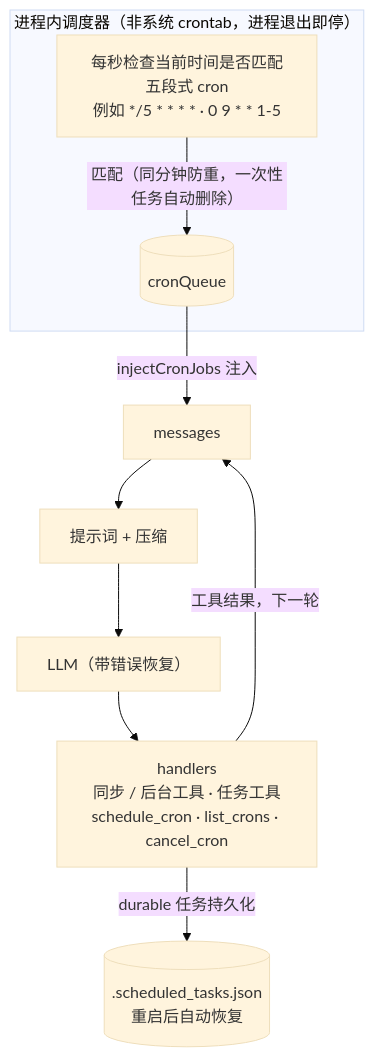
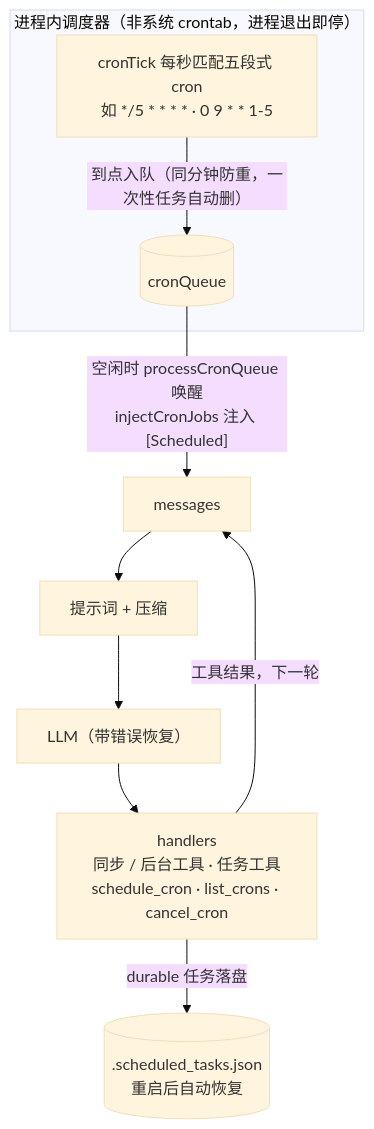
The diagram in code-agent-course/s14-cron-scheduler.md (shengxinjing/build-your-agent), drawn with Mermaid (base theme) before and after one commit. The commit also changed other lines of this file and 10 other files, not shown here.

````diff
--- a/code-agent-course/s14-cron-scheduler.md
+++ b/code-agent-course/s14-cron-scheduler.md
@@ -40,11 +15,11 @@
 ```mermaid
 flowchart TD
   subgraph SCHED["进程内调度器（非系统 crontab，进程退出即停）"]
-    TICK["每秒检查当前时间是否匹配五段式 cron<br/>例如 */5 * * * * · 0 9 * * 1-5"] -->|匹配（同分钟防重，一次性任务自动删除）| Q[("cronQueue")]
+    TICK["cronTick 每秒匹配五段式 cron<br/>如 */5 * * * * · 0 9 * * 1-5"] -->|到点入队（同分钟防重，一次性任务自动删）| Q[("cronQueue")]
   end
-  Q -->|injectCronJobs 注入| M["messages"]
+  Q -->|"空闲时 processCronQueue 唤醒<br/>injectCronJobs 注入 [Scheduled]"| M["messages"]
   M --> P["提示词 + 压缩"] --> L["LLM（带错误恢复）"]
   L --> H["handlers<br/>同步 / 后台工具 · 任务工具<br/>schedule_cron · list_crons · cancel_cron"]
   H -->|工具结果，下一轮| M
-  H -->|durable 任务持久化| F[(".scheduled_tasks.json<br/>重启后自动恢复")]
+  H -->|durable 任务落盘| F[(".scheduled_tasks.json<br/>重启后自动恢复")]
 ```
````
